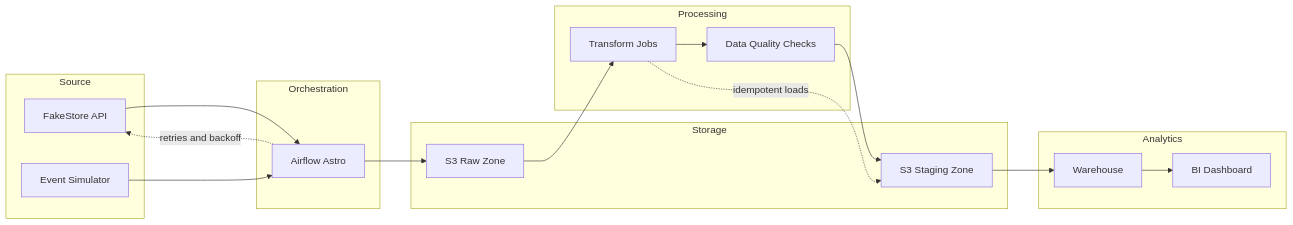
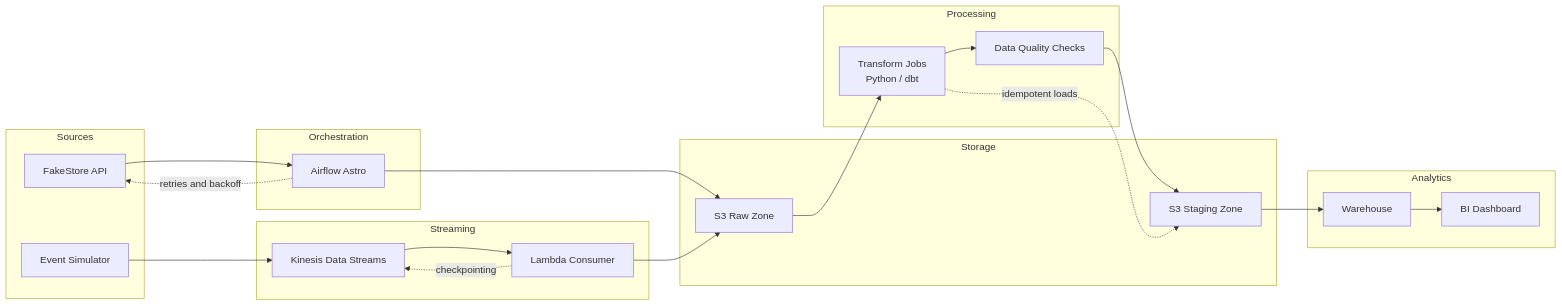
Before and after one commit to facualex/aws-data-platform: the second of 2 diagrams in architecture/design.md, drawn with Mermaid. The commit also changed other lines of this file, not shown here.

Commit message:
Modificación a objetivos del proyecto (design.md) y diagrama mermaid de arquitectura

````diff
--- a/architecture/design.md
+++ b/architecture/design.md
@@ -62,39 +78,56 @@
 ```mermaid
 flowchart LR
-    subgraph Source
+    %% -------- SOURCES --------
+    subgraph Sources
         API[FakeStore API]
-        EVENTS[Event Simulator]
+        EVGEN[Event Simulator]
     end
 
+    %% -------- STREAMING LAYER --------
+    subgraph Streaming
+        KIN[Kinesis Data Streams]
+        LAMBDA[Lambda Consumer]
+    end
+
+    %% -------- ORCHESTRATION --------
     subgraph Orchestration
         AIRFLOW[Airflow Astro]
     end
 
+    %% -------- STORAGE --------
     subgraph Storage
         S3RAW[S3 Raw Zone]
         S3STG[S3 Staging Zone]
     end
 
+    %% -------- PROCESSING --------
     subgraph Processing
-        TRANSFORM[Transform Jobs]
+        TRANSFORM[Transform Jobs<br/>Python / dbt]
         DQ[Data Quality Checks]
     end
 
+    %% -------- ANALYTICS --------
     subgraph Analytics
         WH[Warehouse]
         BI[BI Dashboard]
     end
 
+    %% -------- FLOWS --------
     API --> AIRFLOW
-    EVENTS --> AIRFLOW
+    AIRFLOW --> S3RAW
 
-    AIRFLOW --> S3RAW
+    EVGEN --> KIN
+    KIN --> LAMBDA
+    LAMBDA --> S3RAW
+
     S3RAW --> TRANSFORM
     TRANSFORM --> DQ
     DQ --> S3STG
     S3STG --> WH
     WH --> BI
 
+    %% -------- FAILURE DESIGN --------
     AIRFLOW -. retries and backoff .-> API
     TRANSFORM -. idempotent loads .-> S3STG
+    LAMBDA -. checkpointing .-> KIN
 ```
````
